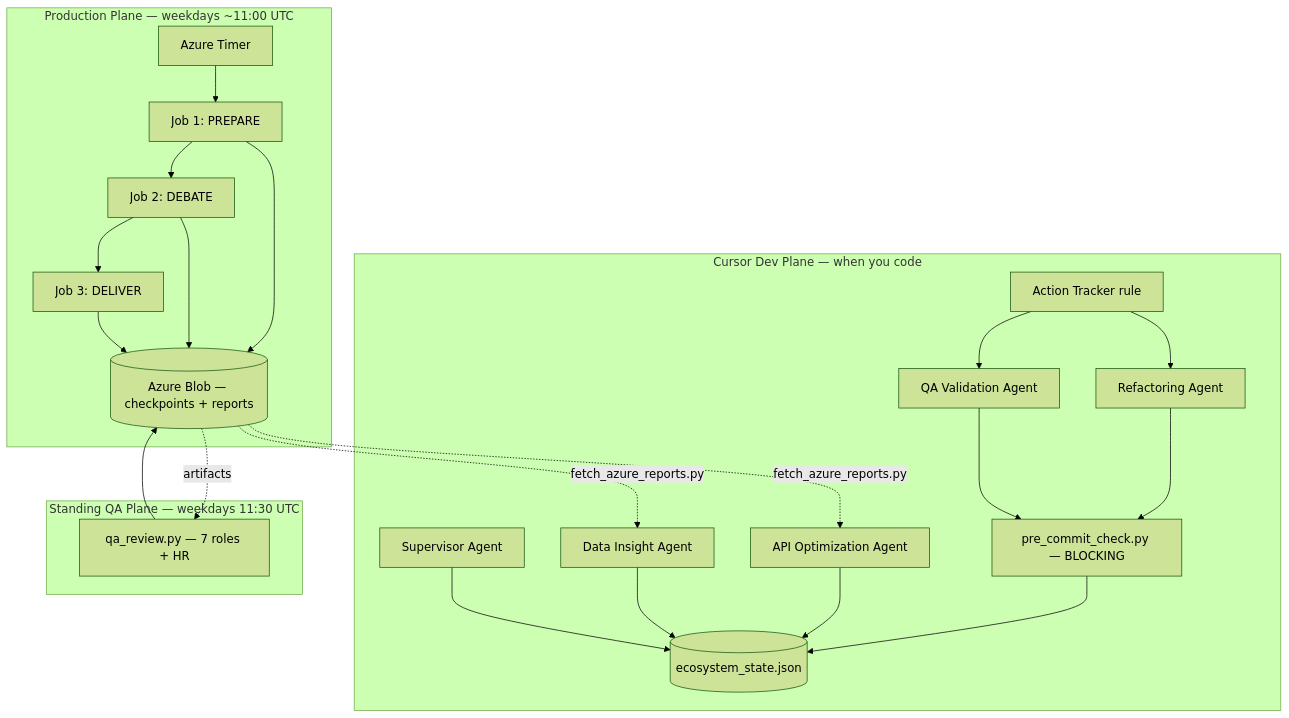
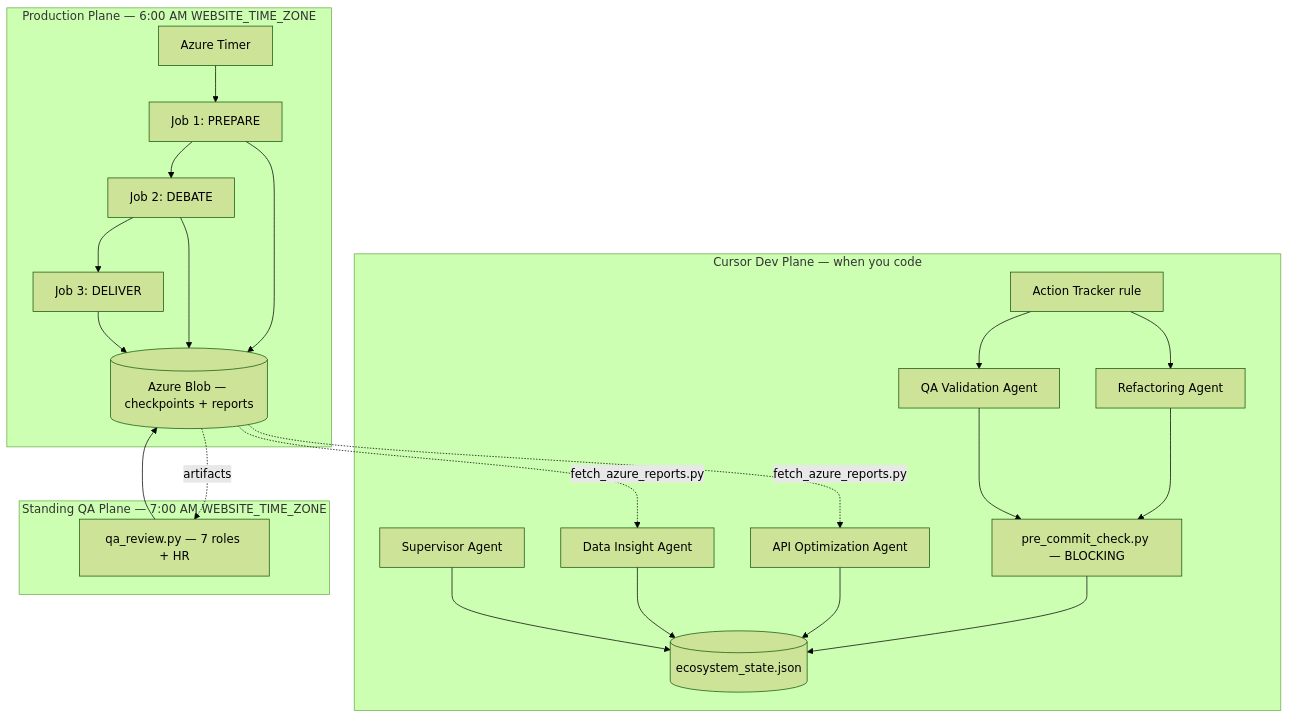
One commit to stanchernov-ai/invest changed the first of 5 diagrams in docs/agent_architecture.md. Above: the diagram before and after it, drawn with Mermaid (forest theme). The commit also changed other lines of this file and 10 other files, not shown here.

````diff
--- a/docs/agent_architecture.md
+++ b/docs/agent_architecture.md
@@ -47,38 +47,38 @@
 ```mermaid
 flowchart TB
     subgraph DEV["Cursor Dev Plane — when you code"]
         AT[Action Tracker rule]
         REF[Refactoring Agent]
         QAV[QA Validation Agent]
         API[API Optimization Agent]
         DI[Data Insight Agent]
         SUP[Supervisor Agent]
         HOOK[pre_commit_check.py — BLOCKING]
         STATE[(ecosystem_state.json)]
 
         AT --> REF & QAV
         REF & QAV --> HOOK
         HOOK --> STATE
         API & DI --> STATE
         SUP --> STATE
     end
 
-    subgraph PROD["Production Plane — weekdays ~11:00 UTC"]
+    subgraph PROD["Production Plane — 6:00 AM WEBSITE_TIME_ZONE"]
         TIMER[Azure Timer]
         PREP[Job 1: PREPARE]
         DEB[Job 2: DEBATE]
         DEL[Job 3: DELIVER]
         BLOB[(Azure Blob — checkpoints + reports)]
 
         TIMER --> PREP --> DEB --> DEL
         PREP & DEB & DEL --> BLOB
     end
 
-    subgraph WEEKLY["Standing QA Plane — weekdays 11:30 UTC"]
+    subgraph WEEKLY["Standing QA Plane — 7:00 AM WEBSITE_TIME_ZONE"]
         QAR[qa_review.py — 7 roles + HR]
         QAR --> BLOB
     end
 
     BLOB -.->|fetch_azure_reports.py| API & DI
     BLOB -.->|artifacts| QAR
 ```
````
